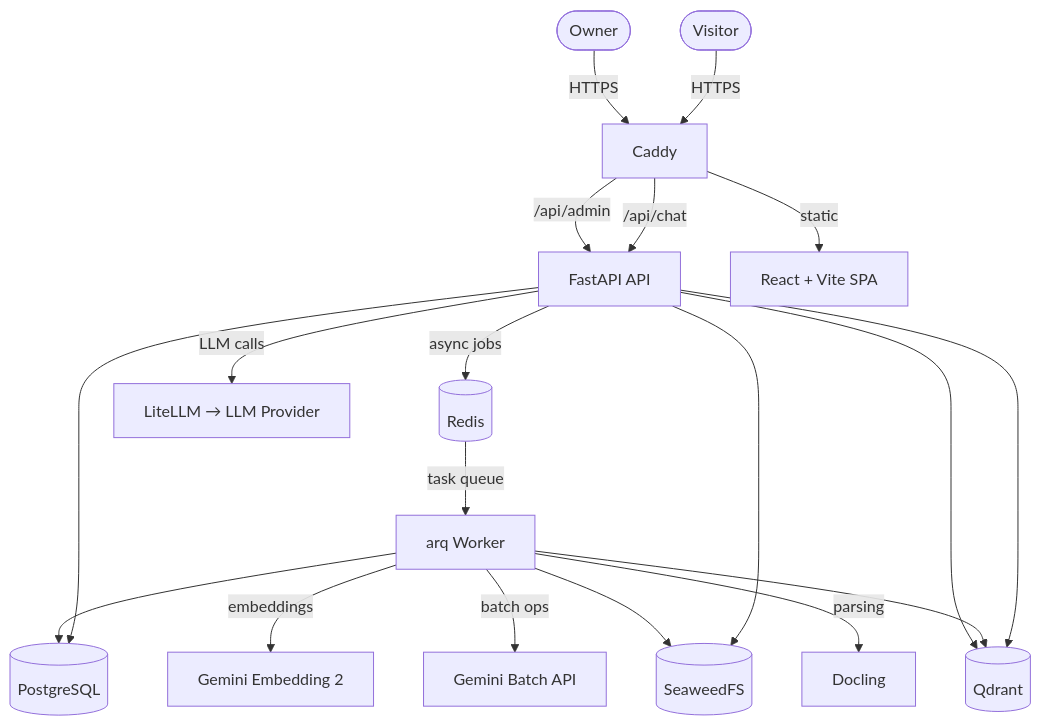
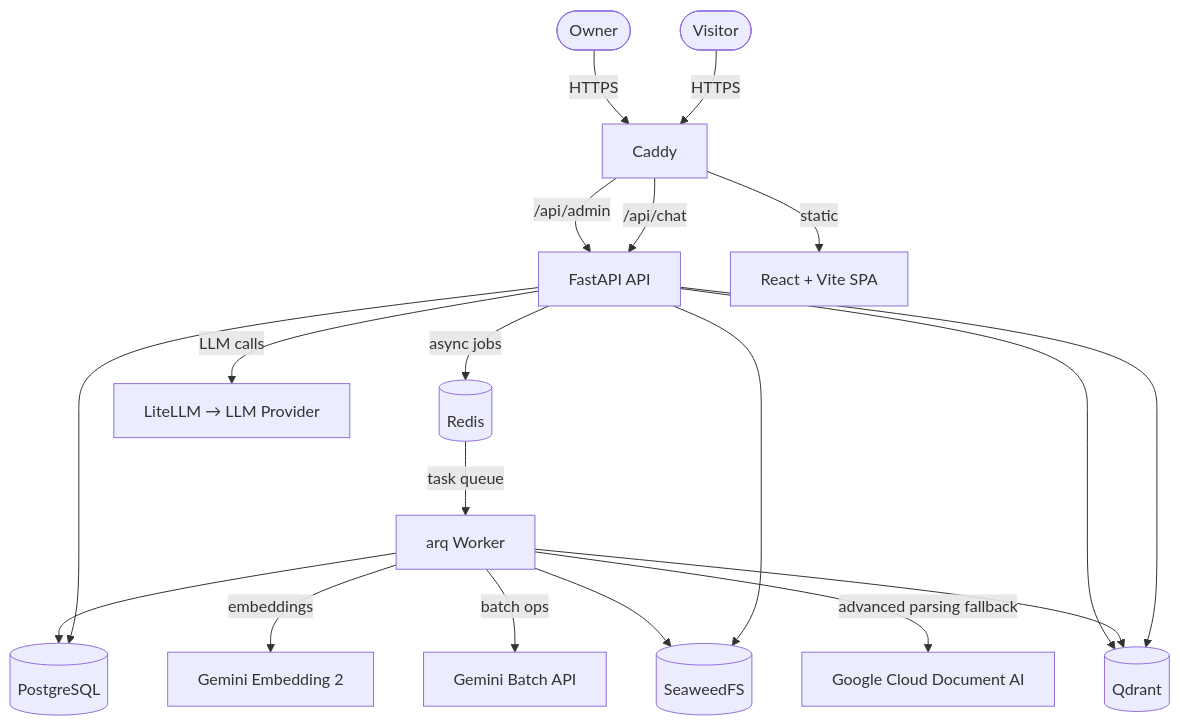
Before and after one commit to itechmeat/proxymind: the first of 8 diagrams in docs/architecture.md, drawn with Mermaid. The commit also changed other lines of this file and 48 other files, not shown here.

````diff
--- a/docs/architecture.md
+++ b/docs/architecture.md
@@ -7,26 +7,26 @@
 ```mermaid
 graph TB
     User([Visitor]) -->|HTTPS| Caddy[Caddy]
     Admin([Owner]) -->|HTTPS| Caddy
 
     Caddy -->|/api/chat| API[FastAPI API]
     Caddy -->|/api/admin| API
     Caddy -->|static| Frontend[React + Vite SPA]
 
     API -->|async jobs| Redis[(Redis)]
     Redis -->|task queue| Worker[arq Worker]
 
     API --> PG[(PostgreSQL)]
     API --> Qdrant[(Qdrant)]
     API --> SeaweedFS[(SeaweedFS)]
 
     Worker --> PG
     Worker --> Qdrant
     Worker --> SeaweedFS
     Worker -->|embeddings| GeminiEmb[Gemini Embedding 2]
     Worker -->|batch ops| GeminiBatch[Gemini Batch API]
-    Worker -->|parsing| Docling[Docling]
+    Worker -->|advanced parsing fallback| DocumentAI[Google Cloud Document AI]
 
     API -->|LLM calls| LiteLLM[LiteLLM → LLM Provider]
     API --> Qdrant
 ```
````
